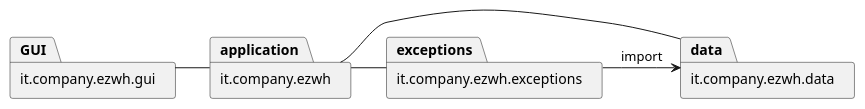
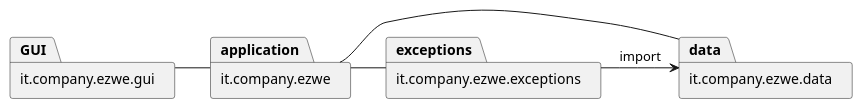
One commit to Guarecuco/EzWh changed the first of 6 diagrams in DesignDocument.md. Above: the diagram before and after it, drawn with PlantUML. The commit also changed other lines of this file, not shown here.

Commit message:
new sequence diagram + updated LLD

````diff
--- a/DesignDocument.md
+++ b/DesignDocument.md
@@ -39,12 +35,12 @@
 ```plantuml
 @startuml
-package it.company.ezwh.gui as GUI
-package it.company.ezwh as application
-package it.company.ezwh.exceptions as exceptions
-package it.company.ezwh.data as data
+package it.company.ezwe.gui as GUI
+package it.company.ezwe as application
+package it.company.ezwe.exceptions as exceptions
+package it.company.ezwe.data as data
 GUI - application
 application - exceptions
 data - application
 exceptions -> data: import
 @enduml
 ```
````
